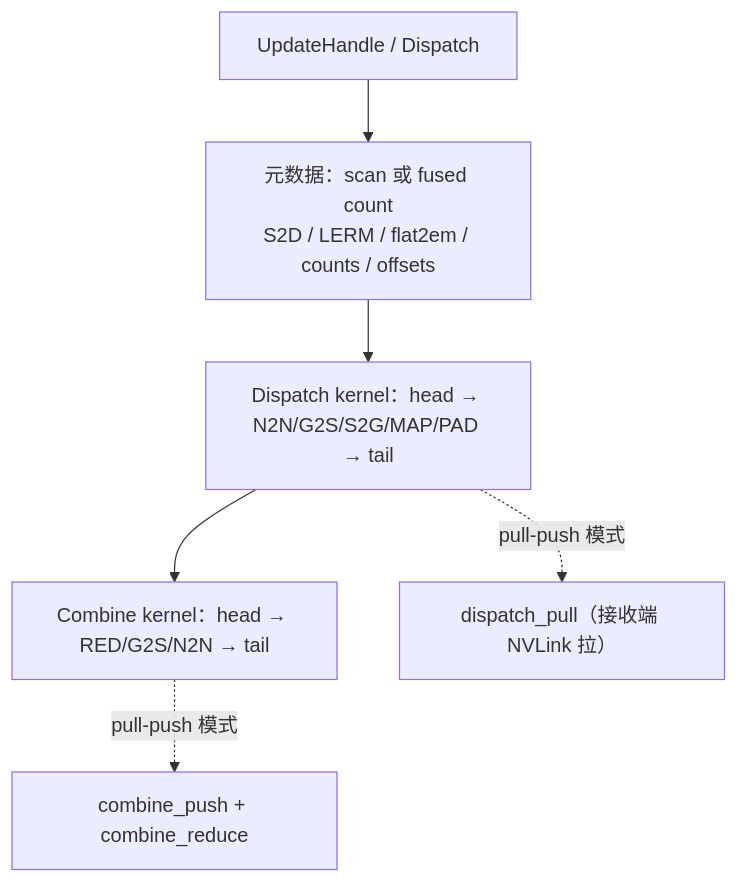
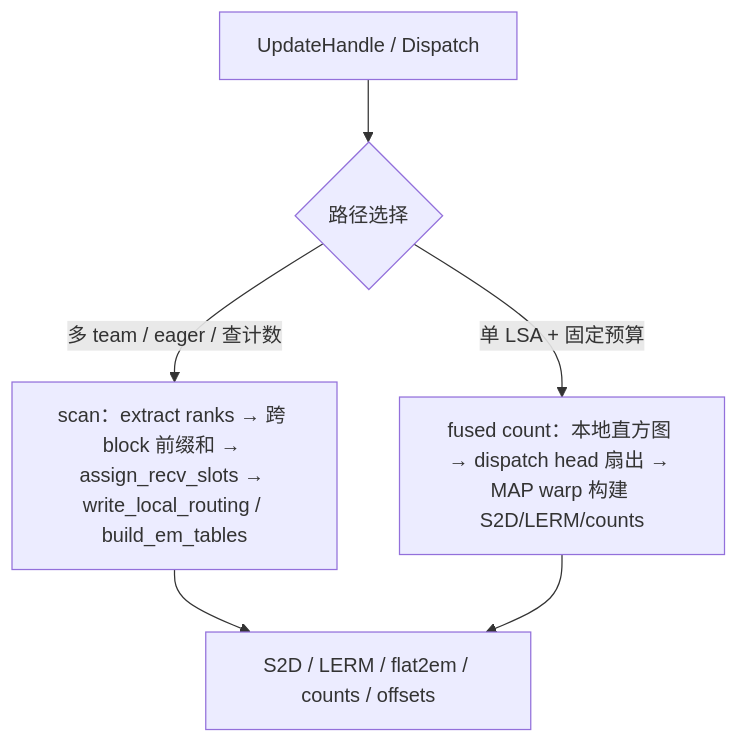
One commit to s0okiym/nccl-extensions changed the seventh of 9 diagrams in nccl_ep/docs/design_overview.md. Above: the diagram before and after it, drawn with Mermaid. The commit also changed other lines of this file, not shown here.

````diff
--- a/nccl_ep/docs/design_overview.md
+++ b/nccl_ep/docs/design_overview.md
@@ -369,8 +298,8 @@
 ```mermaid
-flowchart TB
-  U["UpdateHandle / Dispatch"] --> M["元数据：scan 或 fused count<br/>S2D / LERM / flat2em / counts / offsets"]
-  M --> D["Dispatch kernel：head → N2N/G2S/S2G/MAP/PAD → tail"]
-  D --> C["Combine kernel：head → RED/G2S/N2N → tail"]
-  D -. "pull-push 模式" .-> DP["dispatch_pull（接收端 NVLink 拉）"]
-  C -. "pull-push 模式" .-> CP["combine_push + combine_reduce"]
+flowchart TD
+  A["UpdateHandle / Dispatch"] --> B{"路径选择"}
+  B -->|多 team / eager / 查计数| C["scan：extract ranks → 跨 block 前缀和 → assign_recv_slots → write_local_routing / build_em_tables"]
+  B -->|单 LSA + 固定预算| D["fused count：本地直方图 → dispatch head 扇出 → MAP warp 构建 S2D/LERM/counts"]
+  C --> E["S2D / LERM / flat2em / counts / offsets"]
+  D --> E
 ```
````
